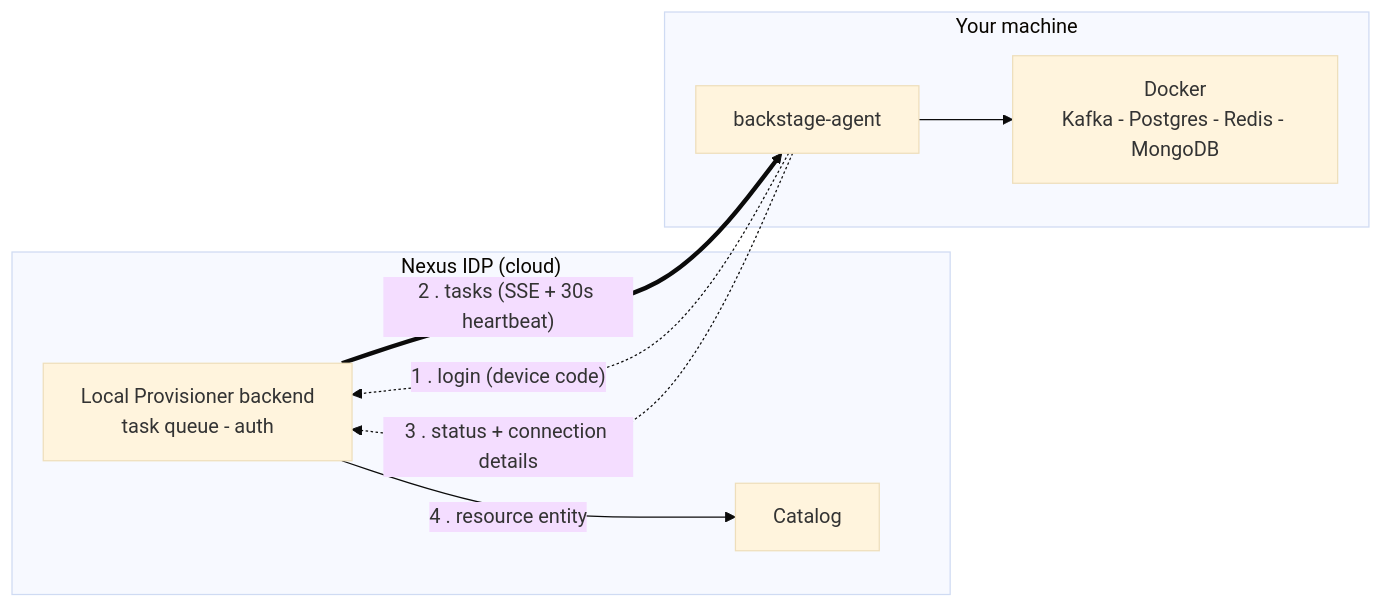
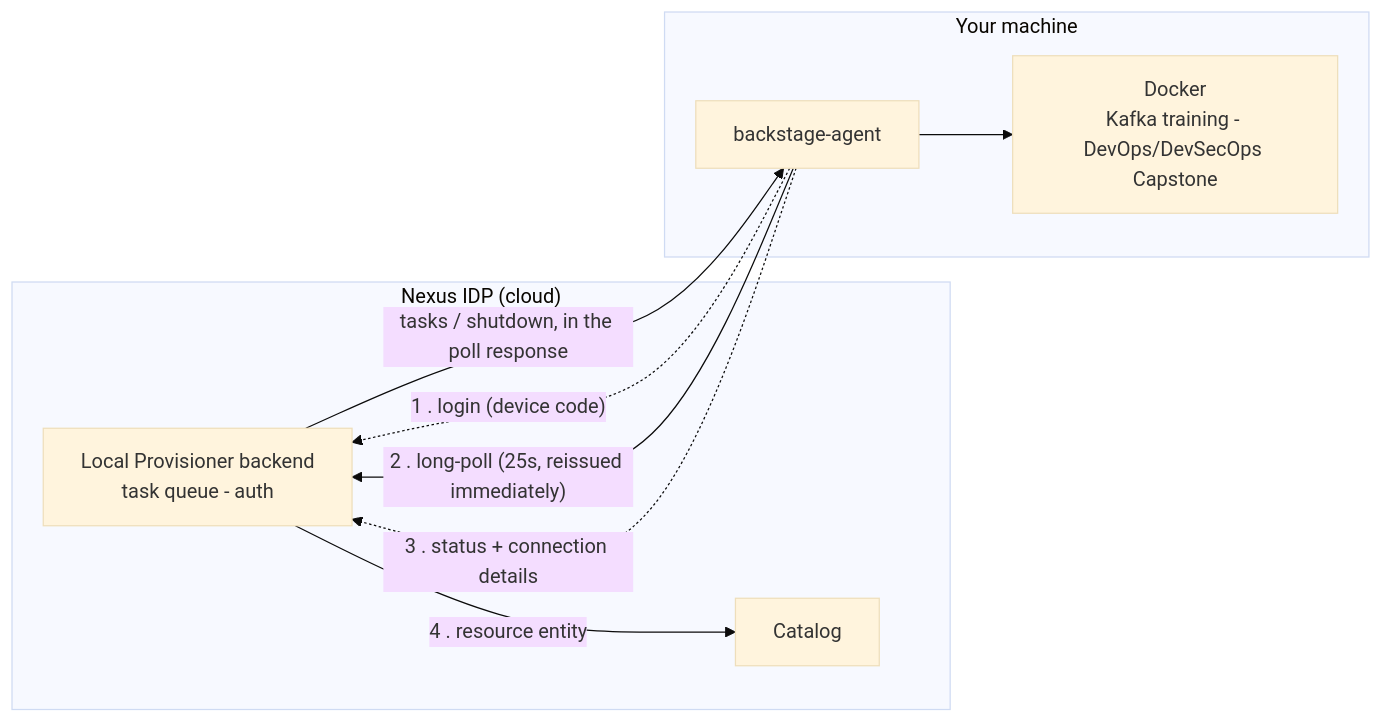
One commit to rcdelacruz/nexus-idp changed the diagram in docs/content/local-provisioner.md. Above: the diagram before and after it, drawn with Mermaid (base theme). The commit also changed other lines of this file and 194 other files, not shown here.

````diff
--- a/docs/content/local-provisioner.md
+++ b/docs/content/local-provisioner.md
@@ -27,16 +32,17 @@
 ```mermaid
 flowchart LR
     subgraph Cloud["Nexus IDP (cloud)"]
         BE["Local Provisioner backend<br/>task queue - auth"]
         CAT["Catalog"]
         BE -->|"4 . resource entity"| CAT
     end
     subgraph Laptop["Your machine"]
         AG["backstage-agent"]
-        DK["Docker<br/>Kafka - Postgres - Redis - MongoDB"]
+        DK["Docker<br/>Kafka training - DevOps/DevSecOps Capstone"]
         AG --> DK
     end
     AG -. "1 . login (device code)" .-> BE
-    BE == "2 . tasks (SSE + 30s heartbeat)" ==> AG
+    AG -- "2 . long-poll (25s, reissued immediately)" --> BE
+    BE -- "tasks / shutdown, in the poll response" --> AG
     AG -. "3 . status + connection details" .-> BE
 ```
````
